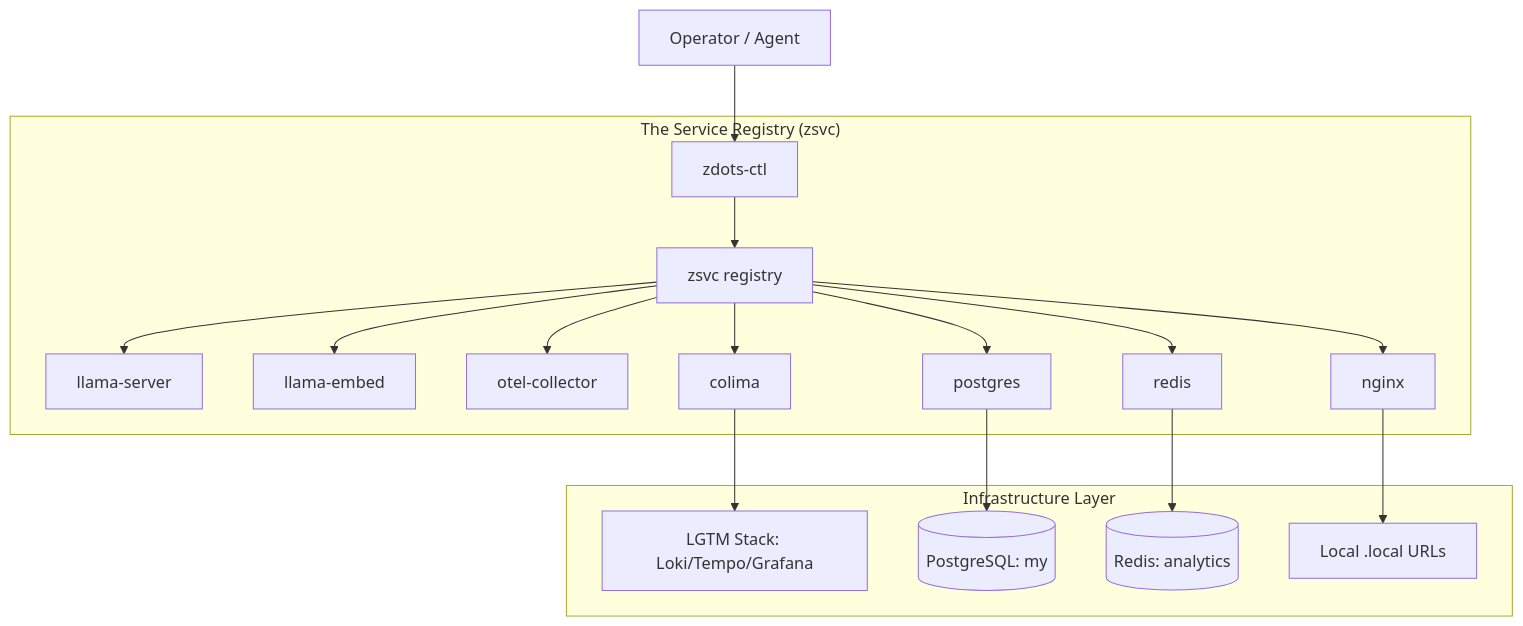
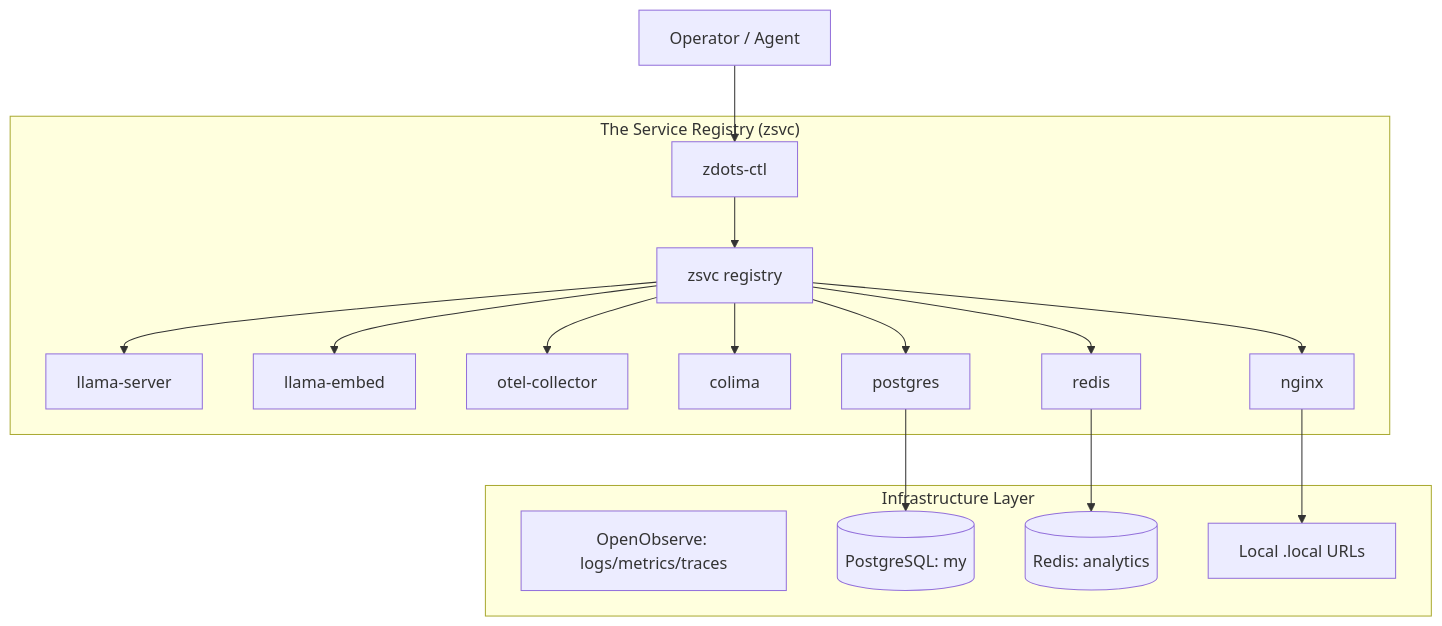
The diagram in docs/lifecycle.md (just3ws/zdots), drawn with Mermaid before and after one commit. The commit also changed other lines of this file and 20 other files, not shown here.

First line of the commit message:
docs(obs): Phase 6 — docs + doctor sweep for OpenObserve (Z-134)

````diff
--- a/docs/lifecycle.md
+++ b/docs/lifecycle.md
@@ -31,22 +31,22 @@
 ```mermaid
 graph TD
     Op[Operator / Agent] --> Ctl[zdots-ctl]
     
     subgraph "The Service Registry (zsvc)"
         Ctl --> Registry[zsvc registry]
         Registry --> Llama[llama-server]
         Registry --> Embed[llama-embed]
         Registry --> OTel[otel-collector]
         Registry --> Colima[colima]
         Registry --> Nginx[nginx]
         Registry --> PG[postgres]
         Registry --> Redis[redis]
     end
 
     subgraph "Infrastructure Layer"
-        Colima --> LGTM[LGTM Stack: Loki/Tempo/Grafana]
+        O2[OpenObserve: logs/metrics/traces]
         PG --> DB[(PostgreSQL: my)]
         Redis --> Cache[(Redis: analytics)]
         Nginx --> Proxy[Local .local URLs]
     end
 ```
````
